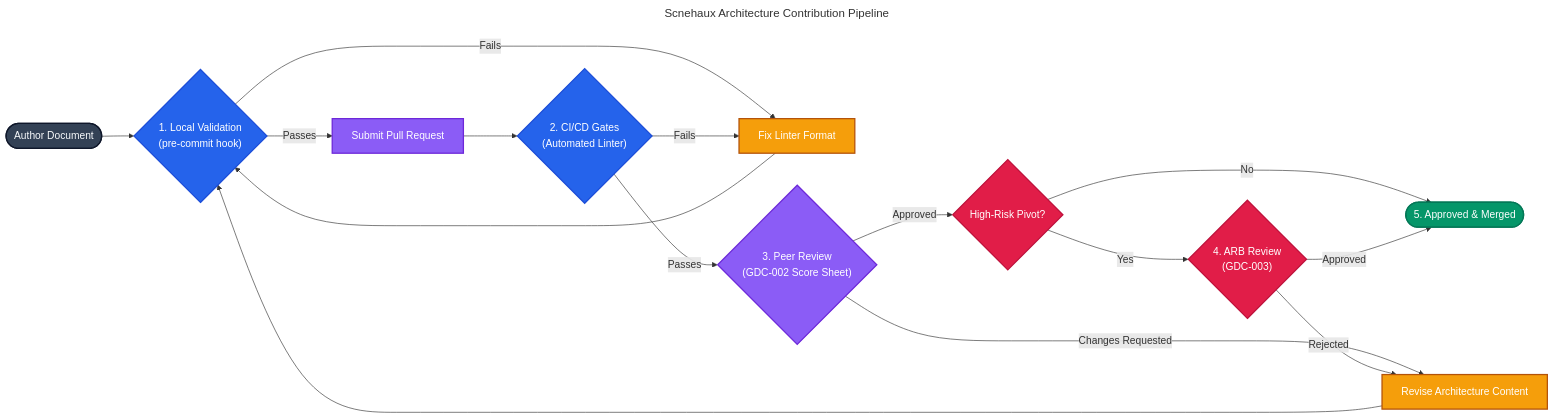
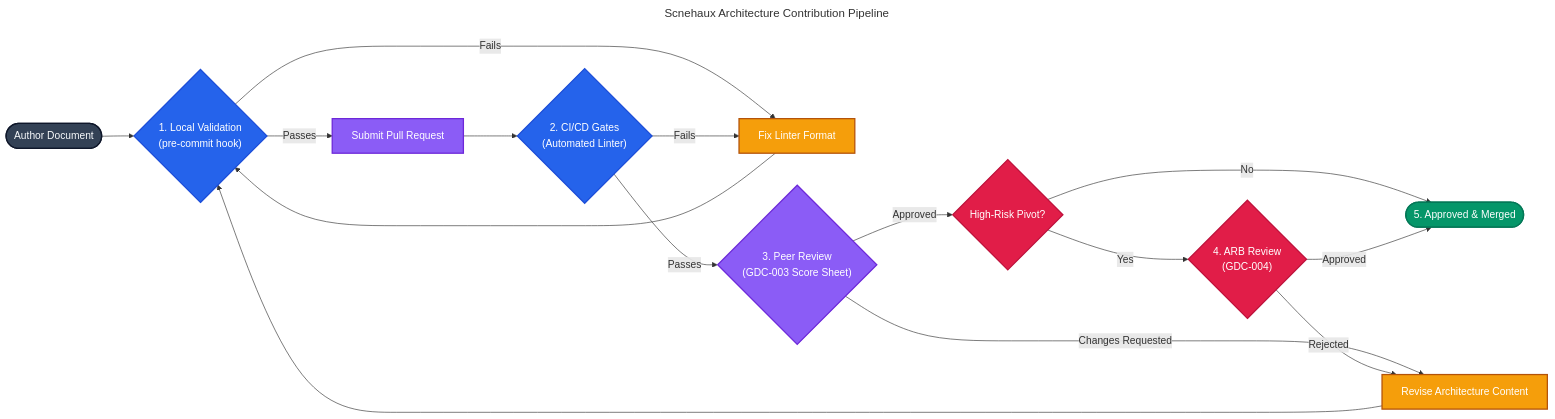
The diagram in CONTRIBUTING.md (anshacerbia2/scnehaux-architecture), drawn with Mermaid before and after one commit. The commit also changed other lines of this file and 95 other files, not shown here.

Commit message:
chore: save current state before Architecture-as-Data transition

````diff
--- a/CONTRIBUTING.md
+++ b/CONTRIBUTING.md
@@ -28,33 +28,33 @@
 ```mermaid
 ---
 title: Scnehaux Architecture Contribution Pipeline
 ---
 flowchart LR
    %% Styling Classes
    classDef startEnd fill:#334155,stroke:#0F172A,stroke-width:2px,color:#F8FAFC,rx:20px,ry:20px
    classDef automated fill:#2563EB,stroke:#1D4ED8,stroke-width:2px,color:#FFFFFF
    classDef manual fill:#8B5CF6,stroke:#6D28D9,stroke-width:2px,color:#FFFFFF
    classDef critical fill:#E11D48,stroke:#BE123C,stroke-width:2px,color:#FFFFFF
    classDef success fill:#059669,stroke:#047857,stroke-width:2px,color:#FFFFFF,rx:20px,ry:20px
    classDef remediation fill:#F59E0B,stroke:#B45309,stroke-width:2px,color:#FFFFFF
 
    Start([Author Document]):::startEnd --> LocalLinter{"1. Local Validation<br>(pre-commit hook)"}:::automated
 
    LocalLinter -- Fails --> FixMachine[Fix Linter Format]:::remediation
    FixMachine --> LocalLinter
    LocalLinter -- Passes --> PR[Submit Pull Request]:::manual
 
    PR --> CIGates{"2. CI/CD Gates<br>(Automated Linter)"}:::automated
    CIGates -- Fails --> FixMachine
 
-   CIGates -- Passes --> PeerReview{"3. Peer Review<br>(GDC-002 Score Sheet)"}:::manual
+   CIGates -- Passes --> PeerReview{"3. Peer Review<br>(GDC-003 Score Sheet)"}:::manual
    PeerReview -- Changes Requested --> FixHuman[Revise Architecture Content]:::remediation
    FixHuman --> LocalLinter
 
    PeerReview -- Approved --> RiskCheck{"High-Risk Pivot?"}:::critical
-   RiskCheck -- Yes --> ARB{"4. ARB Review<br>(GDC-003)"}:::critical
+   RiskCheck -- Yes --> ARB{"4. ARB Review<br>(GDC-004)"}:::critical
    RiskCheck -- No --> Merge([5. Approved & Merged]):::success
 
    ARB -- Approved --> Merge
    ARB -- Rejected --> FixHuman
 ```
````
